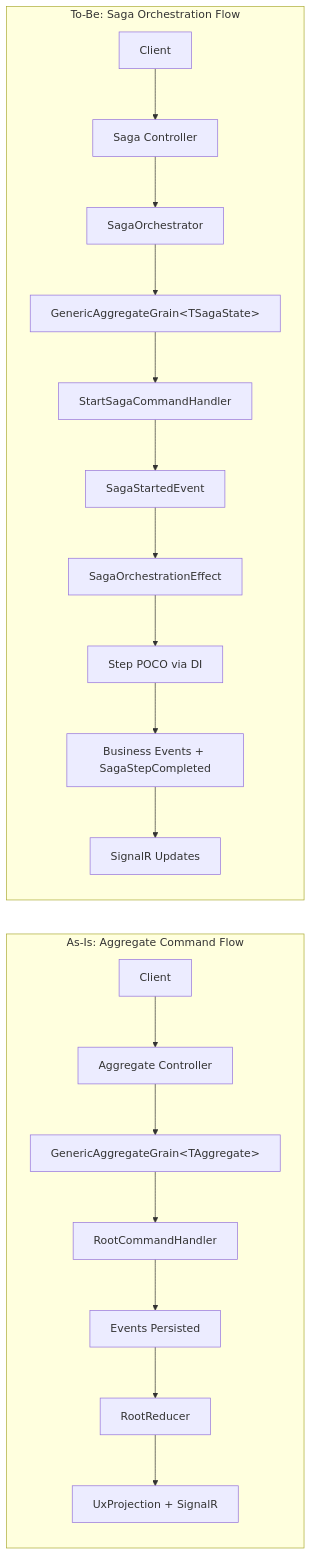
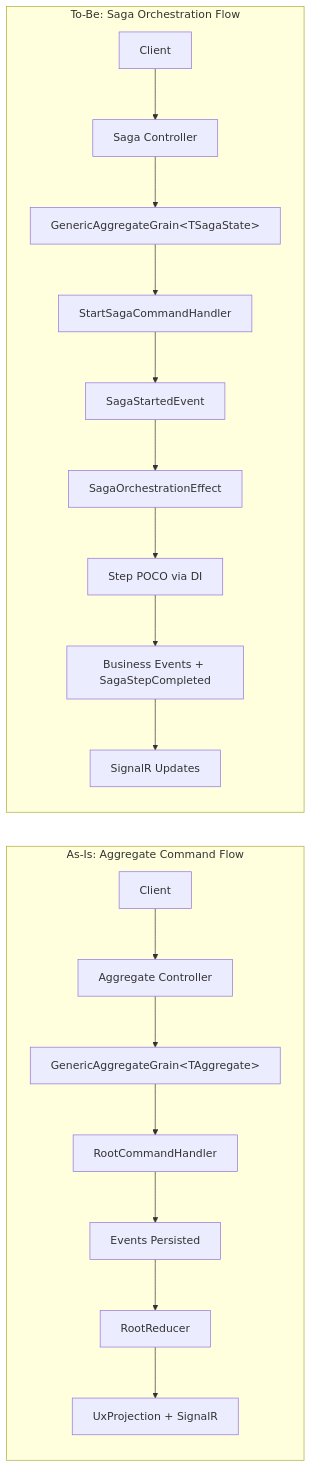
The first of 2 diagrams in spec/server-side-saga-orchestration/rfc.md (Gibbs-Morris/mississippi), drawn with Mermaid before and after one commit. The commit also changed other lines of this file and 3 other files, not shown here.

Commit message:
spec(server-side-saga-orchestration): align docs with updated design

````diff
--- a/spec/server-side-saga-orchestration/rfc.md
+++ b/spec/server-side-saga-orchestration/rfc.md
@@ -72,23 +73,22 @@
 ```mermaid
 flowchart LR
 	subgraph AsIs[As-Is: Aggregate Command Flow]
 		A1[Client] --> A2[Aggregate Controller]
 		A2 --> A3[GenericAggregateGrain&lt;TAggregate&gt;]
 		A3 --> A4[RootCommandHandler]
 		A4 --> A5[Events Persisted]
 		A5 --> A6[RootReducer]
 		A6 --> A7[UxProjection + SignalR]
 	end
 
 	subgraph ToBe[To-Be: Saga Orchestration Flow]
 		B1[Client] --> B2[Saga Controller]
-		B2 --> B3[SagaOrchestrator]
-		B3 --> B4[GenericAggregateGrain&lt;TSagaState&gt;]
-		B4 --> B5[StartSagaCommandHandler]
-		B5 --> B6[SagaStartedEvent]
-		B6 --> B7[SagaOrchestrationEffect]
-		B7 --> B8[Step POCO via DI]
-		B8 --> B9[Business Events + SagaStepCompleted]
-		B9 --> B10[SignalR Updates]
+		B2 --> B3[GenericAggregateGrain&lt;TSagaState&gt;]
+		B3 --> B4[StartSagaCommandHandler]
+		B4 --> B5[SagaStartedEvent]
+		B5 --> B6[SagaOrchestrationEffect]
+		B6 --> B7[Step POCO via DI]
+		B7 --> B8[Business Events + SagaStepCompleted]
+		B8 --> B9[SignalR Updates]
 	end
 ```
````
